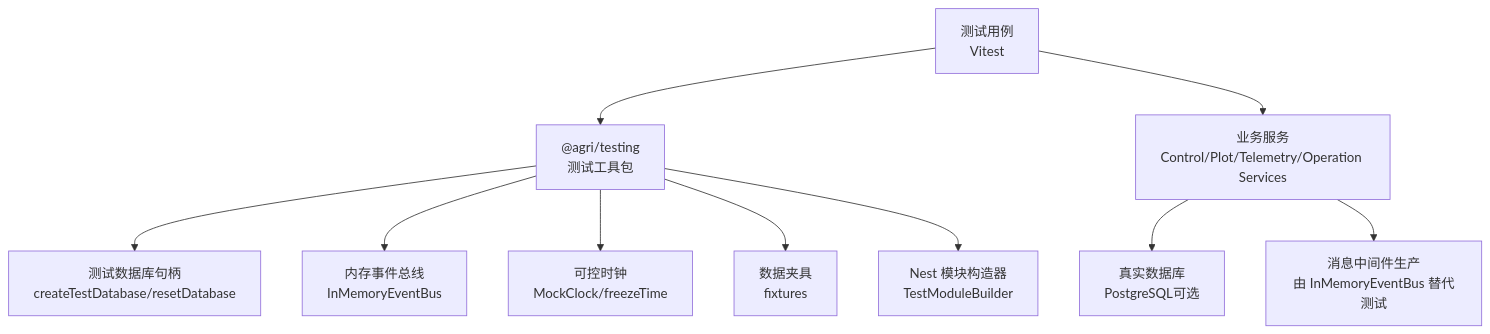
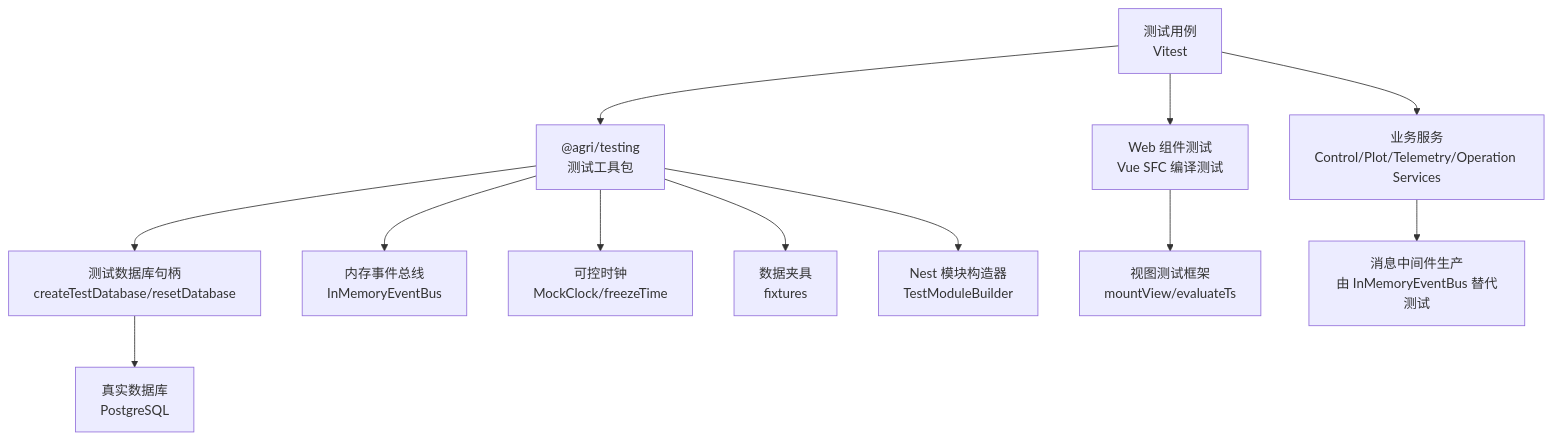
Before and after one commit to q446328246/agri-platform: the second of 28 diagrams in .qoder/repowiki/zh/content/测试策略/测试策略.md, drawn with Mermaid. The commit also changed other lines of this file and 35 other files, not shown here.

````diff
--- a/.qoder/repowiki/zh/content/测试策略/测试策略.md
+++ b/.qoder/repowiki/zh/content/测试策略/测试策略.md
@@ -138,12 +134,14 @@
 ```mermaid
 graph TB
 Test["测试用例<br/>Vitest"] --> Tools["@agri/testing<br/>测试工具包"]
 Tools --> DBH["测试数据库句柄<br/>createTestDatabase/resetDatabase"]
 Tools --> Bus["内存事件总线<br/>InMemoryEventBus"]
 Tools --> Clock["可控时钟<br/>MockClock/freezeTime"]
 Tools --> Fixtures["数据夹具<br/>fixtures"]
 Tools --> ModuleBuilder["Nest 模块构造器<br/>TestModuleBuilder"]
 Test --> Service["业务服务<br/>Control/Plot/Telemetry/Operation Services"]
-Service --> RealDB["真实数据库<br/>PostgreSQL可选"]
+Test --> WebTests["Web 组件测试<br/>Vue SFC 编译测试"]
+WebTests --> ViewHarness["视图测试框架<br/>mountView/evaluateTs"]
 Service --> MQ["消息中间件生产<br/>由 InMemoryEventBus 替代测试"]
+DBH --> RealDB["真实数据库<br/>PostgreSQL"]
 ```
````
